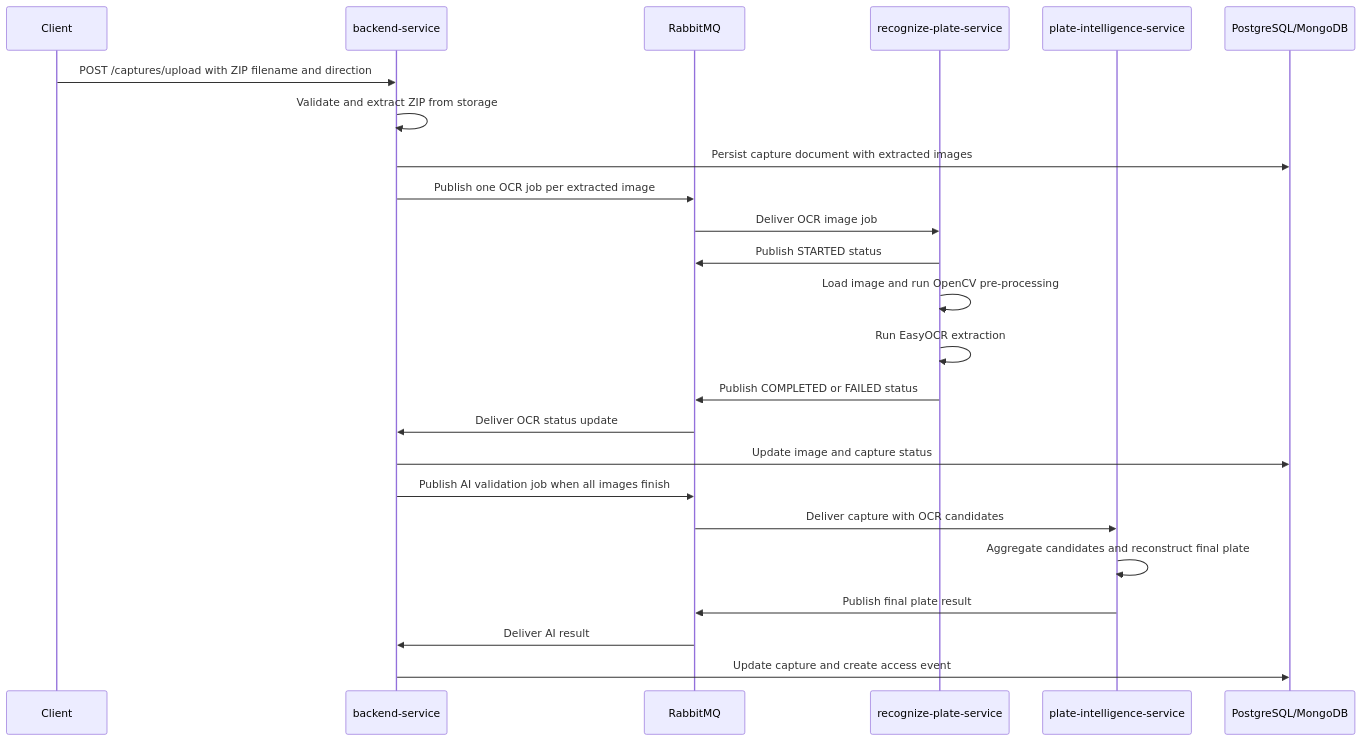
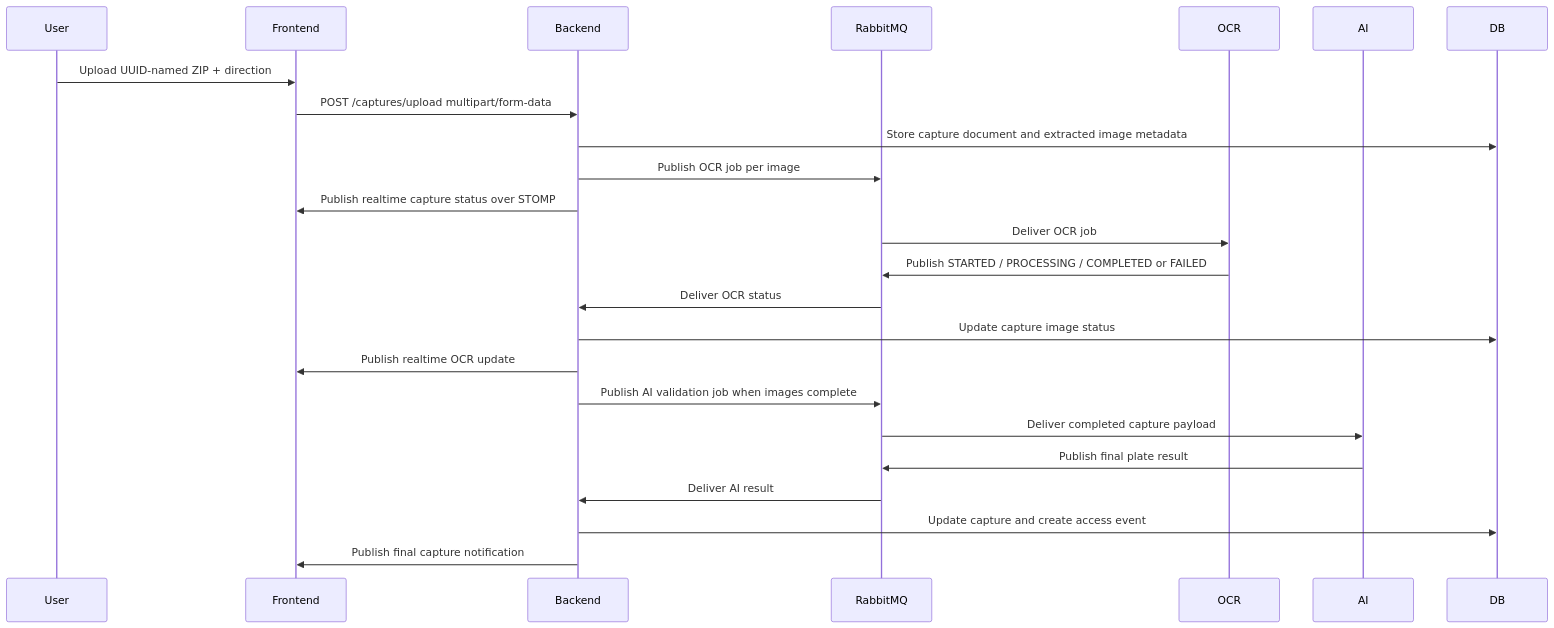
Before and after one commit to arthurscarpin/access-hub-monorepo: the second of 3 diagrams in README.md, drawn with Mermaid. The commit also changed other lines of this file and 4 other files, not shown here.

First line of the commit message:
Refactor service documentation for frontend, plate intelligence, and recognize plate services

````diff
--- a/README.md
+++ b/README.md
@@ -42,31 +41,29 @@
 ```mermaid
 sequenceDiagram
-    participant Client
-    participant Backend as backend-service
+    participant User
+    participant Frontend
+    participant Backend
     participant RabbitMQ
-    participant OCR as recognize-plate-service
-    participant AI as plate-intelligence-service
-    participant DB as PostgreSQL/MongoDB
+    participant OCR
+    participant AI
+    participant DB
 
-    Client->>Backend: POST /captures/upload with ZIP filename and direction
-    Backend->>Backend: Validate and extract ZIP from storage
-    Backend->>DB: Persist capture document with extracted images
-    Backend->>RabbitMQ: Publish one OCR job per extracted image
+    User->>Frontend: Upload UUID-named ZIP + direction
+    Frontend->>Backend: POST /captures/upload multipart/form-data
+    Backend->>DB: Store capture document and extracted image metadata
+    Backend->>RabbitMQ: Publish OCR job per image
+    Backend->>Frontend: Publish realtime capture status over STOMP
 
-    RabbitMQ->>OCR: Deliver OCR image job
-    OCR->>RabbitMQ: Publish STARTED status
-    OCR->>OCR: Load image and run OpenCV pre-processing
-    OCR->>OCR: Run EasyOCR extraction
-    OCR->>RabbitMQ: Publish COMPLETED or FAILED status
+    RabbitMQ->>OCR: Deliver OCR job
+    OCR->>RabbitMQ: Publish STARTED / PROCESSING / COMPLETED or FAILED
+    RabbitMQ->>Backend: Deliver OCR status
+    Backend->>DB: Update capture image status
+    Backend->>Frontend: Publish realtime OCR update
 
-    RabbitMQ->>Backend: Deliver OCR status update
-    Backend->>DB: Update image and capture status
-
-    Backend->>RabbitMQ: Publish AI validation job when all images finish
-    RabbitMQ->>AI: Deliver capture with OCR candidates
-    AI->>AI: Aggregate candidates and reconstruct final plate
+    Backend->>RabbitMQ: Publish AI validation job when images complete
+    RabbitMQ->>AI: Deliver completed capture payload
     AI->>RabbitMQ: Publish final plate result
-
     RabbitMQ->>Backend: Deliver AI result
     Backend->>DB: Update capture and create access event
+    Backend->>Frontend: Publish final capture notification
 ```
````
